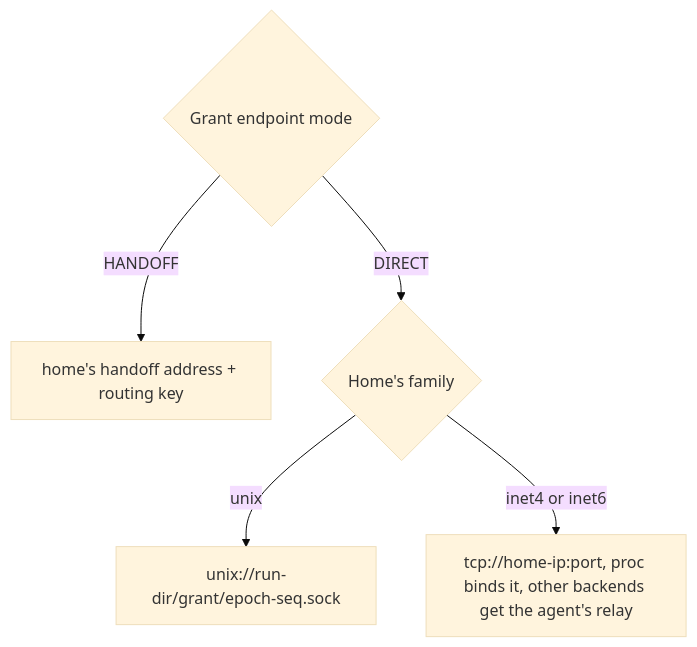
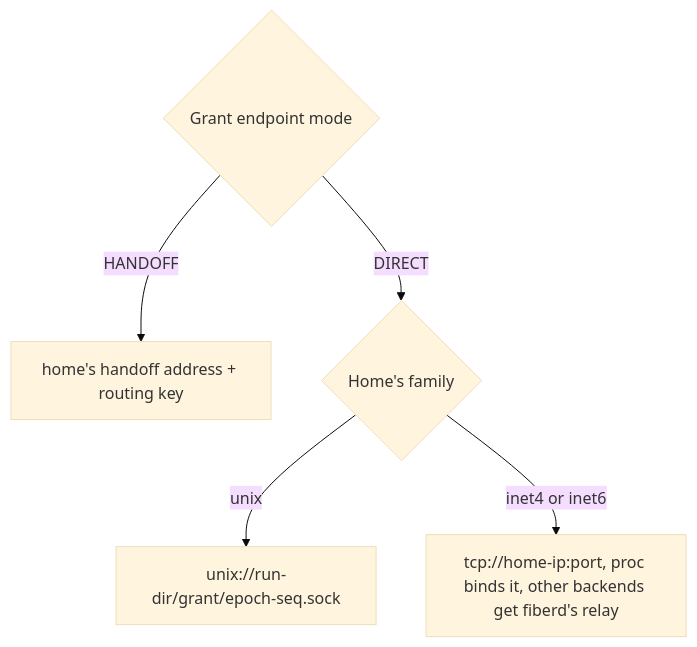
The diagram in docs/design/networking.md (helayoty/fiberd), drawn with Mermaid (base theme) before and after one commit. The commit also changed other lines of this file and 286 other files, not shown here.

````diff
--- a/docs/design/networking.md
+++ b/docs/design/networking.md
@@ -11,7 +11,7 @@
 ```mermaid
 flowchart TB
   G{Grant endpoint mode} -- HANDOFF --> H["home's handoff address + routing key"]
   G -- DIRECT --> F{Home's family}
   F -- unix --> U["unix://run-dir/grant/epoch-seq.sock"]
-  F -- inet4 or inet6 --> T["tcp://home-ip:port, proc binds it, other backends get the agent's relay"]
+  F -- inet4 or inet6 --> T["tcp://home-ip:port, proc binds it, other backends get fiberd's relay"]
 ```
````
